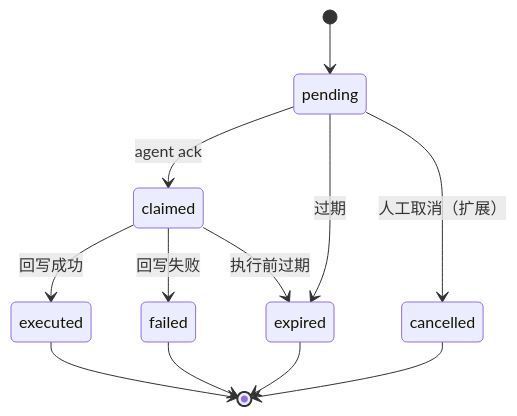
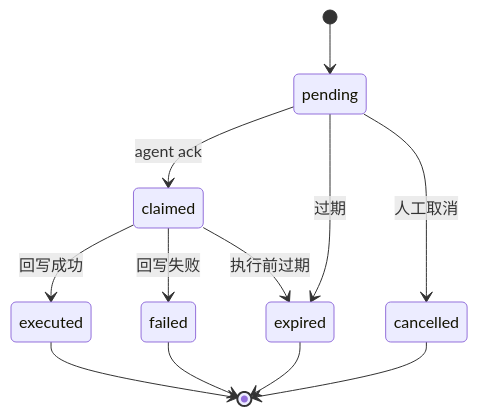
One commit to FWangZil/safeflow-sui changed the third of 3 diagrams in docs/safeflow-e2e-role-flow_cn.md. Above: the diagram before and after it, drawn with Mermaid. The commit also changed other lines of this file and 58 other files, not shown here.

````diff
--- a/docs/safeflow-e2e-role-flow_cn.md
+++ b/docs/safeflow-e2e-role-flow_cn.md
@@ -85,14 +129,14 @@
 ```mermaid
 stateDiagram-v2
     [*] --> pending
     pending --> claimed: agent ack
     pending --> expired: 过期
     claimed --> executed: 回写成功
     claimed --> failed: 回写失败
     claimed --> expired: 执行前过期
-    pending --> cancelled: 人工取消（扩展）
+    pending --> cancelled: 人工取消
     executed --> [*]
     failed --> [*]
     expired --> [*]
     cancelled --> [*]
 ```
````
